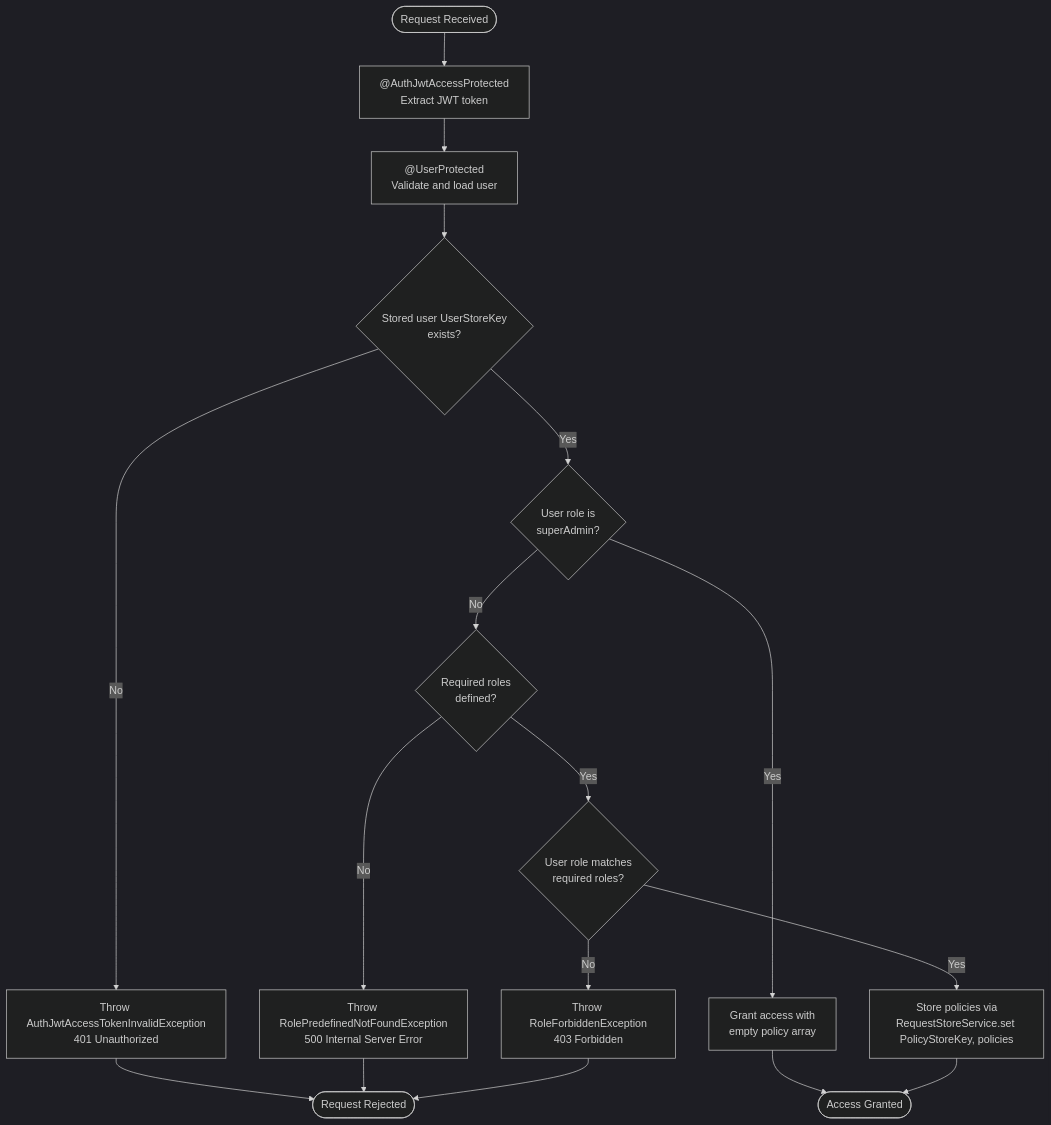
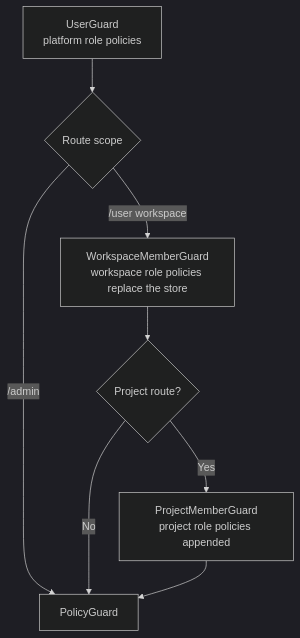
The second of 5 diagrams in docs/authorization.md (Gzerox/ack-nestjs-boilerplate), drawn with Mermaid (dark theme) before and after one commit. The commit also changed other lines of this file and 219 other files, not shown here.

````diff
--- a/docs/authorization.md
+++ b/docs/authorization.md
@@ -270,25 +218,10 @@
 ```mermaid
 flowchart TD
-    Start([Request Received]) --> JwtGuard[ @AuthJwtAccessProtected<br/>Extract JWT token]
-    JwtGuard --> UserGuard[ @UserProtected<br/>Validate and load user]
-    UserGuard --> CheckUser{Stored user UserStoreKey<br/>exists?}
-    
-    CheckUser -->|No| ErrorUser[Throw AuthJwtAccessTokenInvalidException<br/>401 Unauthorized]
-    CheckUser -->|Yes| CheckSuperAdmin{User role is<br/>superAdmin?}
-    
-    CheckSuperAdmin -->|Yes| GrantSuperAdmin[Grant access with<br/>empty policy array]
-    CheckSuperAdmin -->|No| CheckRequired{Required roles<br/>defined?}
-    
-    CheckRequired -->|No| ErrorPredefined[Throw RolePredefinedNotFoundException<br/>500 Internal Server Error]
-    CheckRequired -->|Yes| CheckRoleMatch{User role matches<br/>required roles?}
-    
-    CheckRoleMatch -->|No| ErrorForbidden[Throw RoleForbiddenException<br/>403 Forbidden]
-    CheckRoleMatch -->|Yes| SetAbilities[Store policies via<br/>RequestStoreService.set PolicyStoreKey, policies]
-    
-    GrantSuperAdmin --> Success([Access Granted])
-    SetAbilities --> Success
-    
-    ErrorUser --> End([Request Rejected])
-    ErrorPredefined --> End
-    ErrorForbidden --> End
+    User[UserGuard<br/>platform role policies] --> Route{Route scope}
+    Route -->|/admin| Policy[PolicyGuard]
+    Route -->|/user workspace| WS[WorkspaceMemberGuard<br/>workspace role policies replace the store]
+    WS --> PM{Project route?}
+    PM -->|No| Policy
+    PM -->|Yes| PG[ProjectMemberGuard<br/>project role policies appended]
+    PG --> Policy
 ```
````
